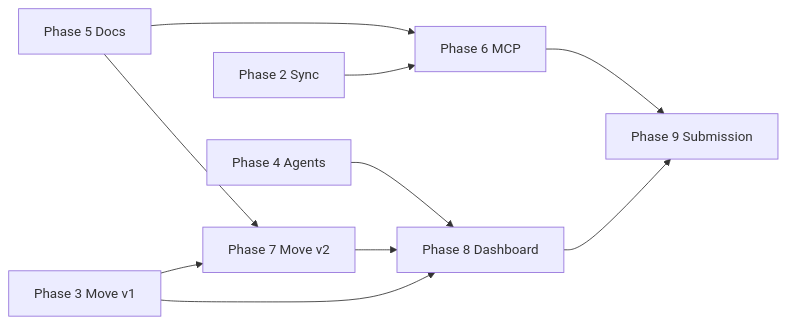
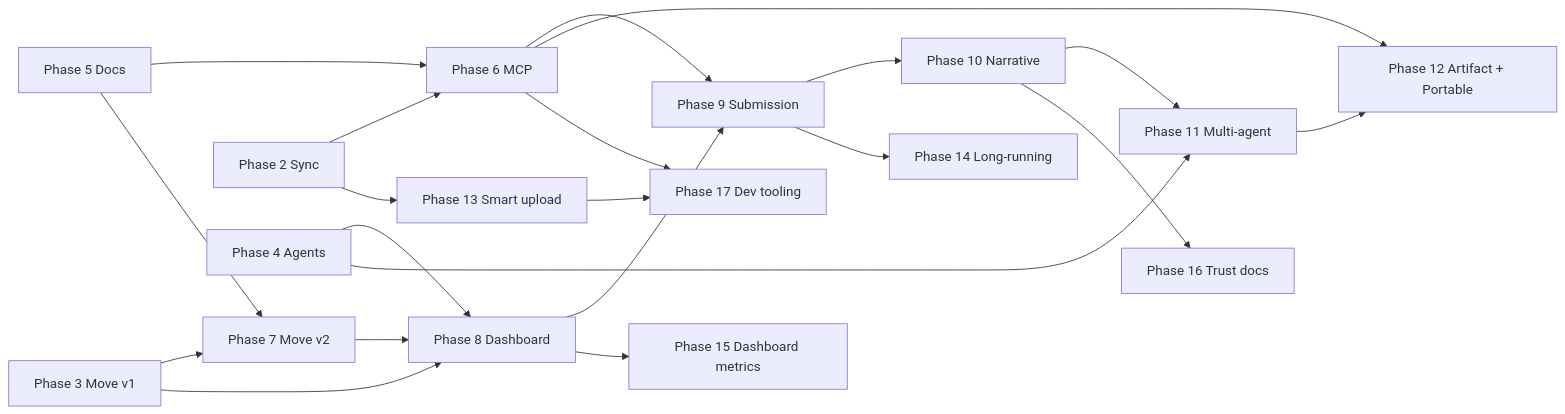
One commit to Olympusxvn/memwal-agent-memory changed the diagram in ROADMAP.md. Above: the diagram before and after it, drawn with Mermaid. The commit also changed other lines of this file and 4 other files, not shown here.

````diff
--- a/ROADMAP.md
+++ b/ROADMAP.md
@@ -205,12 +339,23 @@
 ```mermaid
 flowchart LR
   P5[Phase 5 Docs] --> P6[Phase 6 MCP]
   P5 --> P7[Phase 7 Move v2]
   P2[Phase 2 Sync] --> P6
   P3[Phase 3 Move v1] --> P7
   P3 --> P8[Phase 8 Dashboard]
   P7 --> P8
   P4[Phase 4 Agents] --> P8
   P6 --> P9[Phase 9 Submission]
   P8 --> P9
+  P9 --> P10[Phase 10 Narrative]
+  P10 --> P11[Phase 11 Multi-agent]
+  P4 --> P11
+  P6 --> P12[Phase 12 Artifact + Portable]
+  P11 --> P12
+  P2 --> P13[Phase 13 Smart upload]
+  P9 --> P14[Phase 14 Long-running]
+  P8 --> P15[Phase 15 Dashboard metrics]
+  P10 --> P16[Phase 16 Trust docs]
+  P6 --> P17[Phase 17 Dev tooling]
+  P13 --> P17
 ```
````
